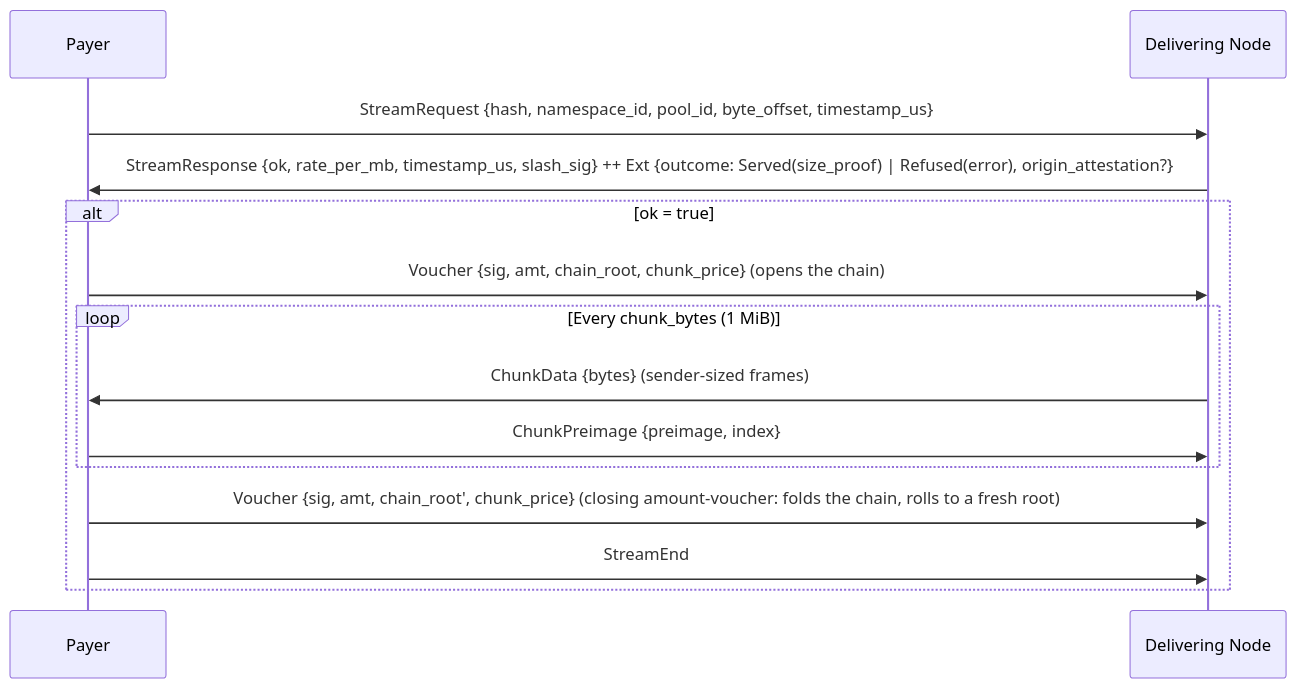
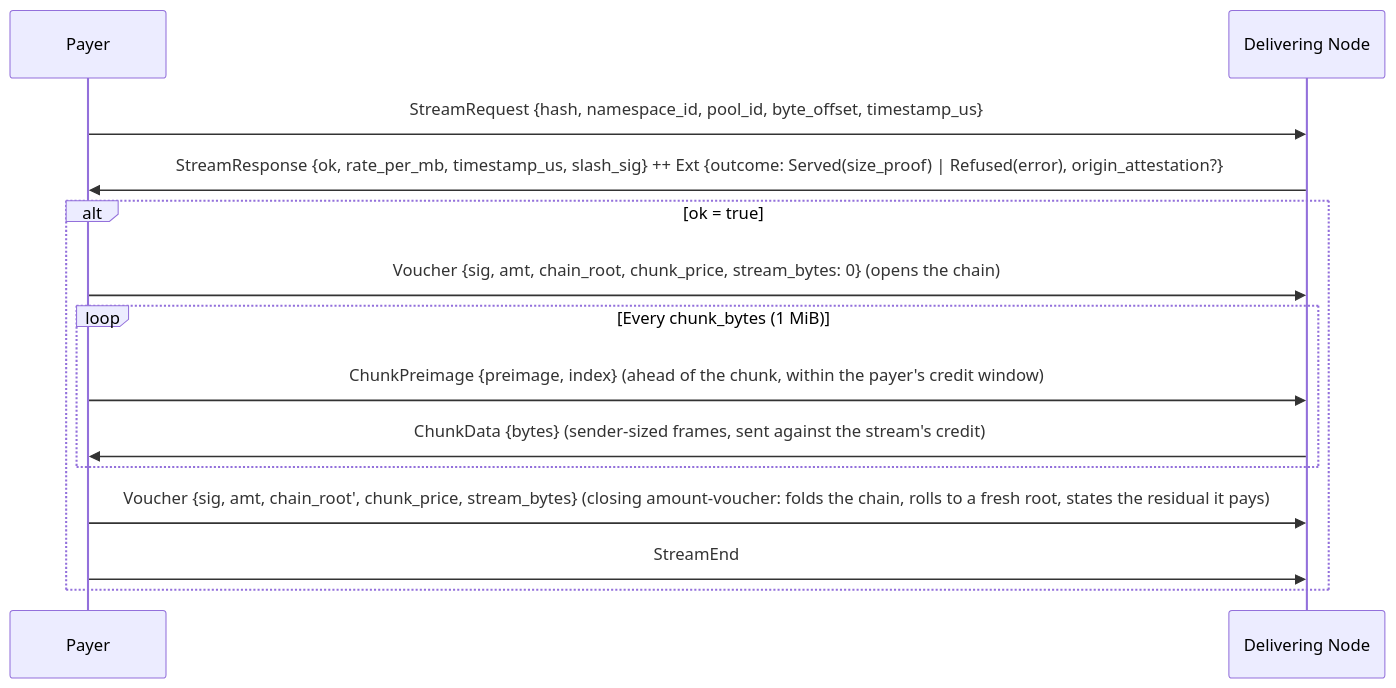
The second of 3 diagrams in adr/005-protocol.md (decdn/decdn), drawn with Mermaid before and after one commit. The commit also changed other lines of this file and 100 other files, not shown here.

First line of the commit message:
docs(adr)!: the payer fronts credit (#2877)

````diff
--- a/adr/005-protocol.md
+++ b/adr/005-protocol.md
@@ -99,18 +99,18 @@
 ```mermaid
 sequenceDiagram
     participant P as Payer
     participant D as Delivering Node
 
     P->>D: StreamRequest {hash, namespace_id, pool_id, byte_offset, timestamp_us}
     D->>P: StreamResponse {ok, rate_per_mb, timestamp_us, slash_sig} ++ Ext {outcome: Served(size_proof) | Refused(error), origin_attestation?}
 
     alt ok = true
-        P->>D: Voucher {sig, amt, chain_root, chunk_price} (opens the chain)
+        P->>D: Voucher {sig, amt, chain_root, chunk_price, stream_bytes: 0} (opens the chain)
         loop Every chunk_bytes (1 MiB)
-            D->>P: ChunkData {bytes} (sender-sized frames)
-            P->>D: ChunkPreimage {preimage, index}
+            P->>D: ChunkPreimage {preimage, index} (ahead of the chunk, within the payer's credit window)
+            D->>P: ChunkData {bytes} (sender-sized frames, sent against the stream's credit)
         end
-        P->>D: Voucher {sig, amt, chain_root', chunk_price} (closing amount-voucher: folds the chain, rolls to a fresh root)
+        P->>D: Voucher {sig, amt, chain_root', chunk_price, stream_bytes} (closing amount-voucher: folds the chain, rolls to a fresh root, states the residual it pays)
         P->>D: StreamEnd
     end
 ```
````
